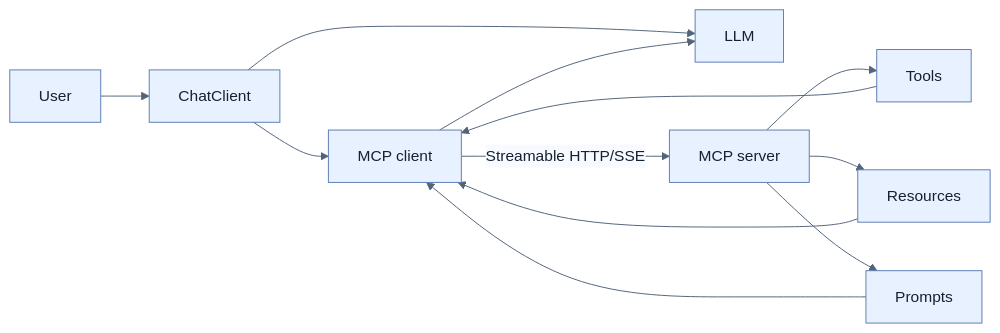
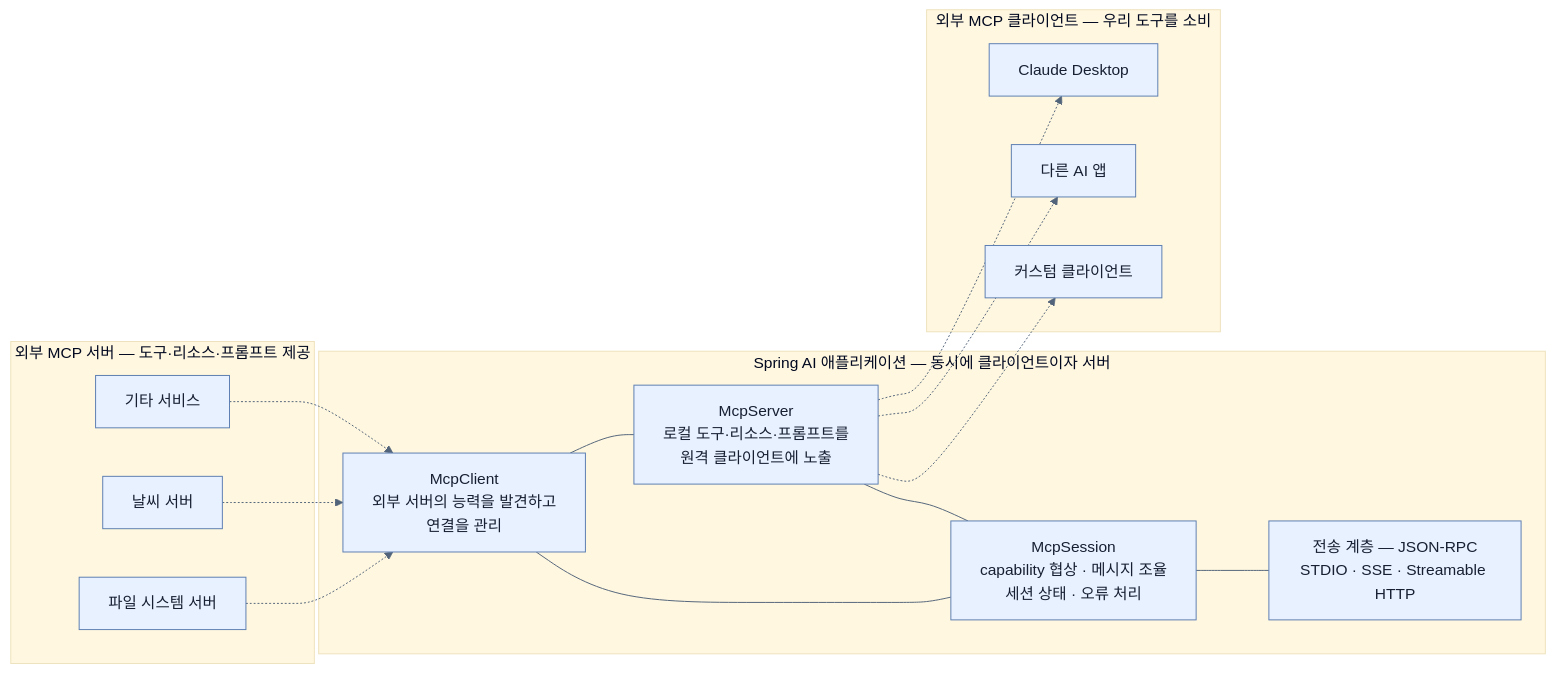
Before and after one commit to sing-u8/Learning_Spring_Boot_4: the diagram in spring-boot-4-pdf-notes/part-6-building-intelligent-applications-with-spring-ai/chapter-14-building-intelligent-applications-with-spring-ai/06-building-chatbots-and-mcp-integration.md, drawn with Mermaid. The commit also changed other lines of this file and 253 other files, not shown here.

````diff
--- a/spring-boot-4-pdf-notes/part-6-building-intelligent-applications-with-spring-ai/chapter-14-building-intelligent-applications-with-spring-ai/06-building-chatbots-and-mcp-integration.md
+++ b/spring-boot-4-pdf-notes/part-6-building-intelligent-applications-with-spring-ai/chapter-14-building-intelligent-applications-with-spring-ai/06-building-chatbots-and-mcp-integration.md
@@ -38,13 +93,33 @@
 ```mermaid
 %%{init: {'theme': 'base', 'themeVariables': {'background': '#ffffff', 'primaryColor': '#e8f1ff', 'primaryTextColor': '#172033', 'primaryBorderColor': '#5b7db1', 'lineColor': '#52647a', 'secondaryColor': '#f7fbff', 'tertiaryColor': '#fff7df'}}}%%
 flowchart LR
-    U[User] --> CC[ChatClient]
-    CC --> M[LLM]
-    CC --> MC[MCP client]
-    MC -->|Streamable HTTP/SSE| MS[MCP server]
-    MS --> T[Tools]
-    MS --> R[Resources]
-    MS --> P[Prompts]
-    T & R & P --> MC
-    MC --> M
+    subgraph EXTS["외부 MCP 서버 — 도구·리소스·프롬프트 제공"]
+        FS["파일 시스템 서버"]
+        WS["날씨 서버"]
+        OS["기타 서비스"]
+    end
+
+    subgraph APP["Spring AI 애플리케이션 — 동시에 클라이언트이자 서버"]
+        MC["McpClient<br/>외부 서버의 능력을 발견하고<br/>연결을 관리"]
+        MS["McpServer<br/>로컬 도구·리소스·프롬프트를<br/>원격 클라이언트에 노출"]
+        SESS["McpSession<br/>capability 협상 · 메시지 조율<br/>세션 상태 · 오류 처리"]
+        TR["전송 계층 — JSON-RPC<br/>STDIO · SSE · Streamable HTTP"]
+        MC --- MS
+        MC --- SESS
+        MS --- SESS
+        SESS --- TR
+    end
+
+    subgraph EXTC["외부 MCP 클라이언트 — 우리 도구를 소비"]
+        CD["Claude Desktop"]
+        AA["다른 AI 앱"]
+        CC["커스텀 클라이언트"]
+    end
+
+    FS -.-> MC
+    WS -.-> MC
+    OS -.-> MC
+    MS -.-> CD
+    MS -.-> AA
+    MS -.-> CC
 ```
````
